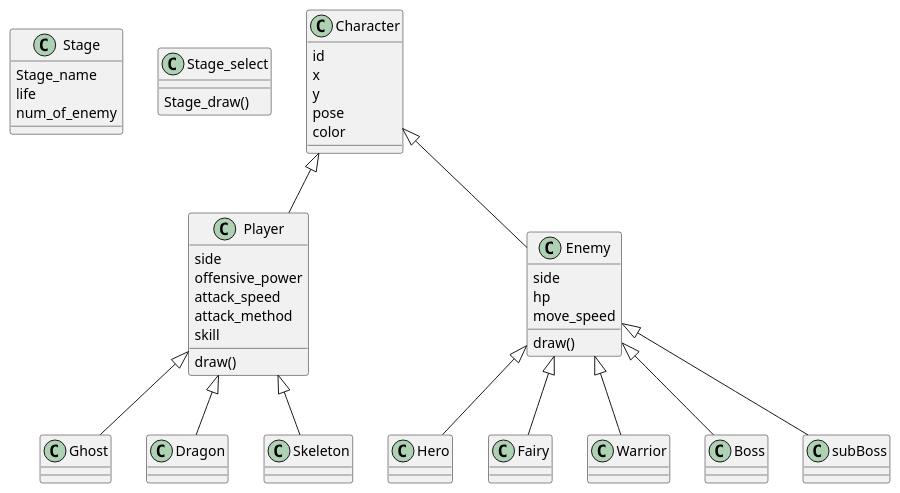
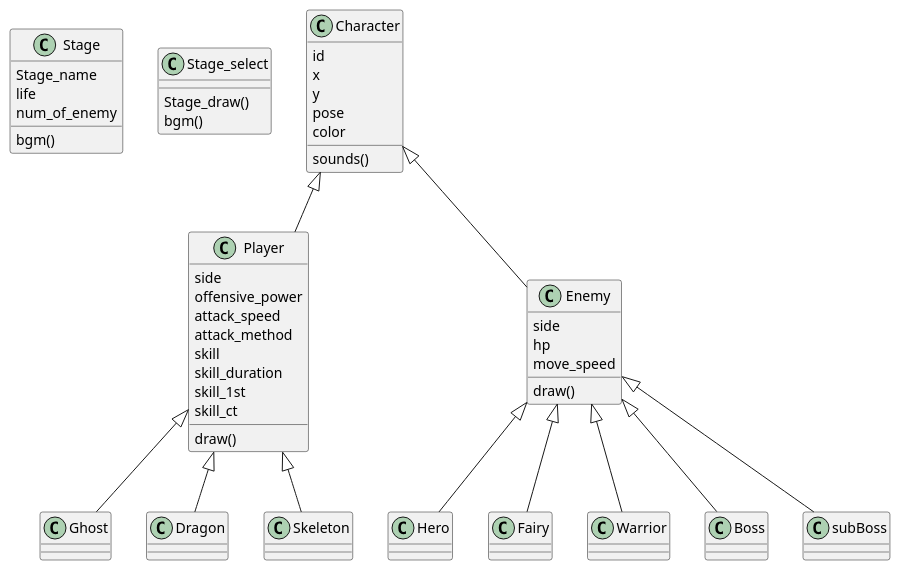
The diagram in docs/class_diagram.puml (prapro-ou/Another_Side), drawn with PlantUML before and after one commit. The commit also changed 2 other files, not shown here.

```diff
--- a/docs/class_diagram.puml
+++ b/docs/class_diagram.puml
@@ -1,64 +1,70 @@
 @startuml
 class Stage {
 Stage_name
 life
 num_of_enemy
+bgm()
 }
 
 class Stage_select {
 Stage_draw()
+bgm()
 }
 
 class Character {
     id
     x
     y
     pose
     color
+    sounds()
 }
 
 class Player {
     side
     draw()
     offensive_power
     attack_speed
     attack_method
     skill
+    skill_duration
+    skill_1st
+    skill_ct
 }
 
 class Ghost {
 }
 class Dragon {
 }
 class Skeleton {
 }
 
 class Enemy {
     side
     draw()
     hp
     move_speed
 }
 
 class Hero {
 }
 class Fairy{
 }
 class Warrior{
 }
 class Boss{
 }
 class subBoss{
 }
 
 Character <|-- Player
 Player <|-- Ghost
 Player <|-- Dragon
 Player <|-- Skeleton
 Character <|-- Enemy
 Enemy <|-- Hero
 Enemy <|-- Fairy
 Enemy <|-- Warrior
 Enemy <|-- Boss
 Enemy <|-- subBoss
 @enduml
```
